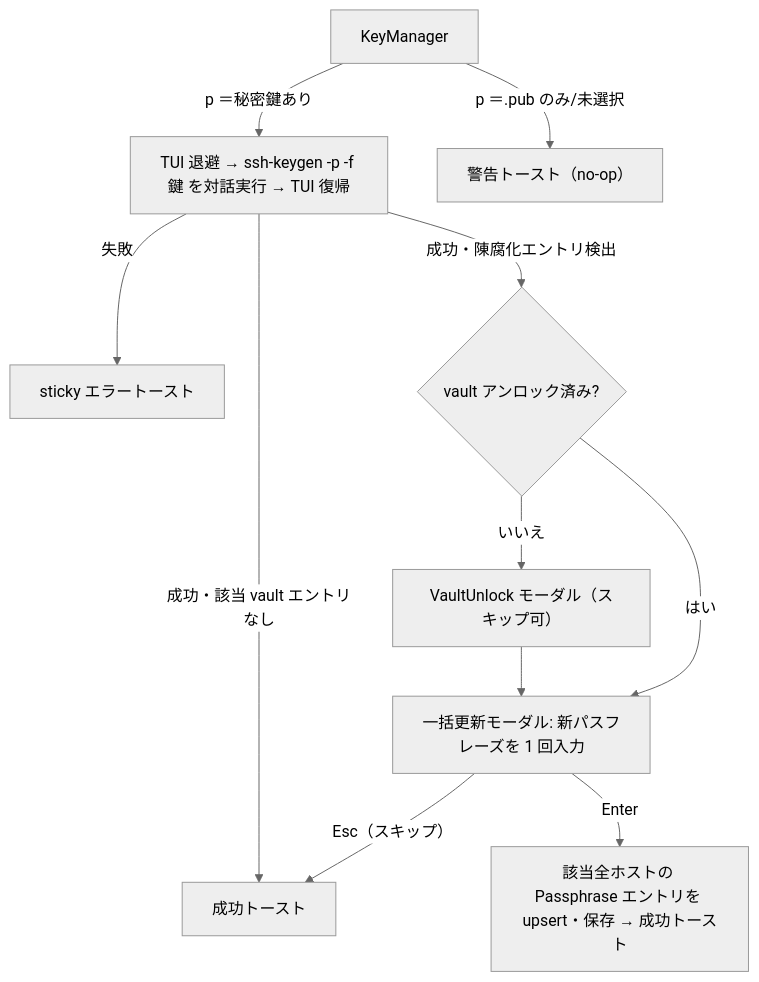
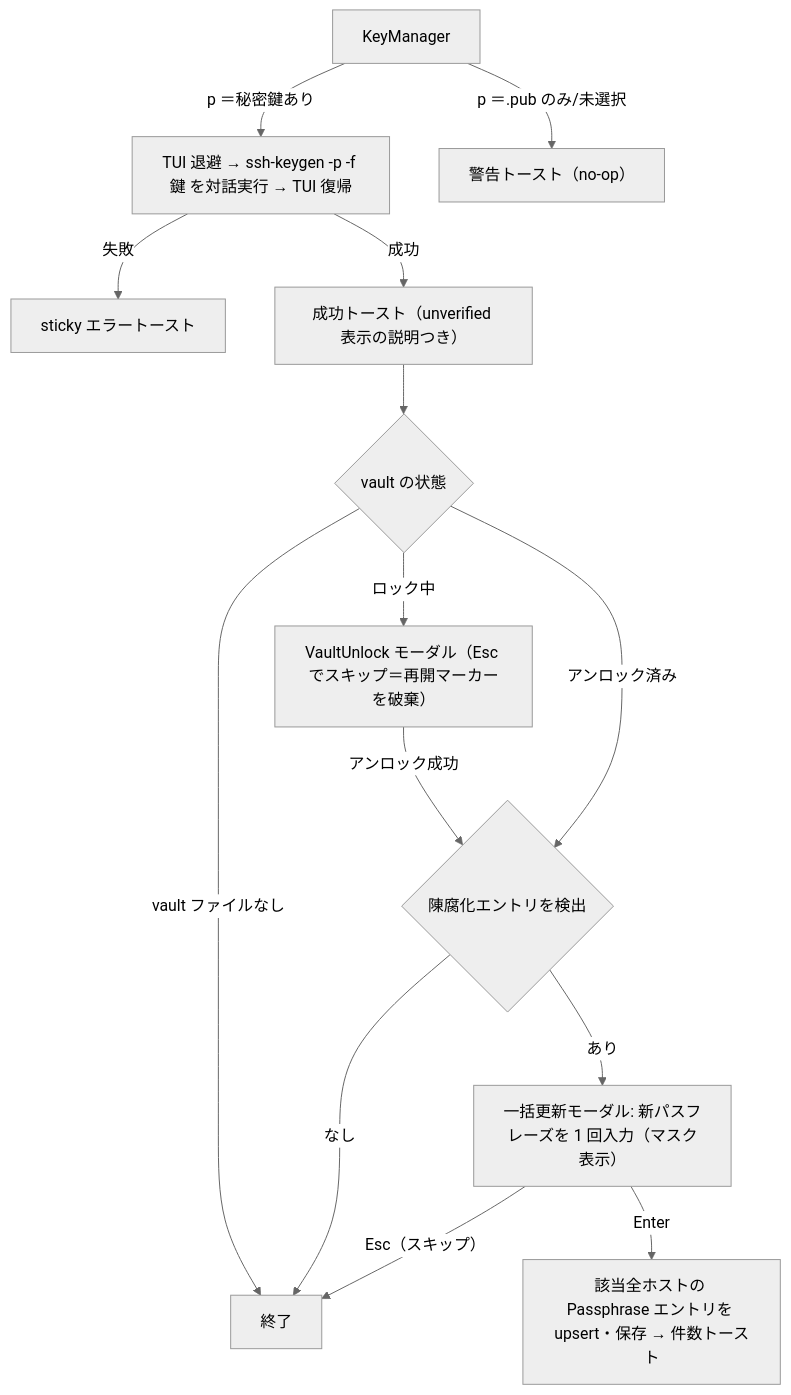
Before and after one commit to nakaba-lab/ssh-manager-tui: the diagram in docs/design/ui.md, drawn with Mermaid (neutral theme). The commit also changed other lines of this file and 13 other files, not shown here.

````diff
--- a/docs/design/ui.md
+++ b/docs/design/ui.md
@@ -38,13 +38,16 @@
 ```mermaid
 flowchart TD
     KM[KeyManager] -->|p ＝秘密鍵あり| RUN["TUI 退避 → ssh-keygen -p -f 鍵 を対話実行 → TUI 復帰"]
     KM -->|p ＝.pub のみ/未選択| W[警告トースト（no-op）]
     RUN -->|失敗| E[sticky エラートースト]
-    RUN -->|成功・該当 vault エントリなし| OK[成功トースト]
-    RUN -->|成功・陳腐化エントリ検出| VU{vault アンロック済み?}
-    VU -->|いいえ| UL["VaultUnlock モーダル（スキップ可）"]
-    UL --> BM
-    VU -->|はい| BM["一括更新モーダル: 新パスフレーズを 1 回入力"]
-    BM -->|Enter| UP[該当全ホストの Passphrase エントリを upsert・保存 → 成功トースト]
-    BM -->|Esc（スキップ）| OK
+    RUN -->|成功| OK["成功トースト（unverified 表示の説明つき）"]
+    OK --> VU{vault の状態}
+    VU -->|vault ファイルなし| END[終了]
+    VU -->|ロック中| UL["VaultUnlock モーダル（Esc でスキップ＝再開マーカーを破棄）"]
+    UL -->|アンロック成功| DET
+    VU -->|アンロック済み| DET{陳腐化エントリを検出}
+    DET -->|なし| END
+    DET -->|あり| BM["一括更新モーダル: 新パスフレーズを 1 回入力（マスク表示）"]
+    BM -->|Enter| UP[該当全ホストの Passphrase エントリを upsert・保存 → 件数トースト]
+    BM -->|Esc（スキップ）| END
 ```
````
